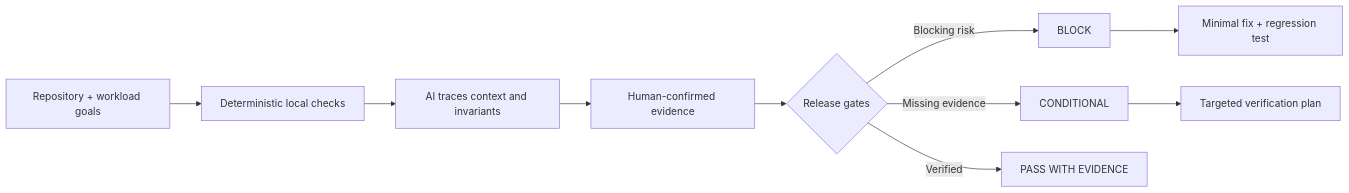
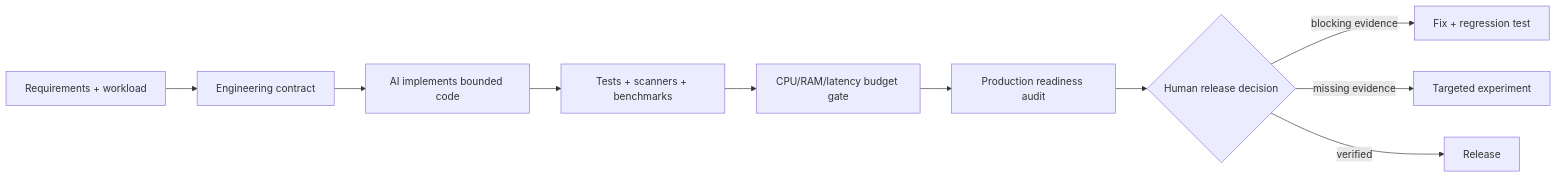
The diagram in README.md (kingggg5/shipproof), drawn with Mermaid before and after one commit. The commit also changed other lines of this file, not shown here.

Commit message:
docs: explain cross-agent production workflow

````diff
--- a/README.md
+++ b/README.md
@@ -29,12 +22,12 @@
 ```mermaid
 flowchart LR
-    A["Repository + workload goals"] --> B["Deterministic local checks"]
-    B --> C["AI traces context and invariants"]
-    C --> D["Human-confirmed evidence"]
-    D --> E{"Release gates"}
-    E -->|"Blocking risk"| F["BLOCK"]
-    E -->|"Missing evidence"| G["CONDITIONAL"]
-    E -->|"Verified"| H["PASS WITH EVIDENCE"]
-    F --> I["Minimal fix + regression test"]
-    G --> J["Targeted verification plan"]
+    A["Requirements + workload"] --> B["Engineering contract"]
+    B --> C["AI implements bounded code"]
+    C --> D["Tests + scanners + benchmarks"]
+    D --> E["CPU/RAM/latency budget gate"]
+    E --> F["Production readiness audit"]
+    F --> G{"Human release decision"}
+    G -->|"blocking evidence"| H["Fix + regression test"]
+    G -->|"missing evidence"| I["Targeted experiment"]
+    G -->|"verified"| J["Release"]
 ```
````
